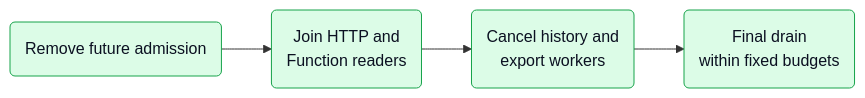
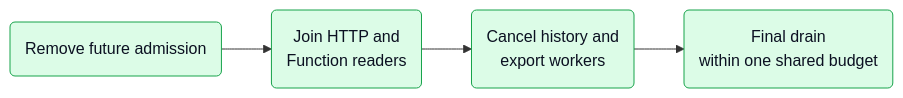
One commit to netdata/netdata changed the seventh of 7 diagrams in src/go/plugin/dem/ARCHITECTURE.md. Above: the diagram before and after it, drawn with Mermaid.

Commit message:
docs(dem): name the shared final-drain budget in the site retirement diagram
The site retirement diagram still said the final drain runs "within fixed
budgets"; the history writer and the exports now share one budget.

````diff
--- a/src/go/plugin/dem/ARCHITECTURE.md
+++ b/src/go/plugin/dem/ARCHITECTURE.md
@@ -909,11 +909,11 @@
 ```mermaid
 flowchart LR
     R1("Remove future admission")
     R2("Join HTTP and<br/>Function readers")
     R3("Cancel history and<br/>export workers")
-    R4("Final drain<br/>within fixed budgets")
+    R4("Final drain<br/>within one shared budget")
     R1 --> R2 --> R3 --> R4
 
     classDef step fill:#dcfce7,stroke:#16a34a,color:#0b1021;
     class R1,R2,R3,R4 step;
 ```
````
